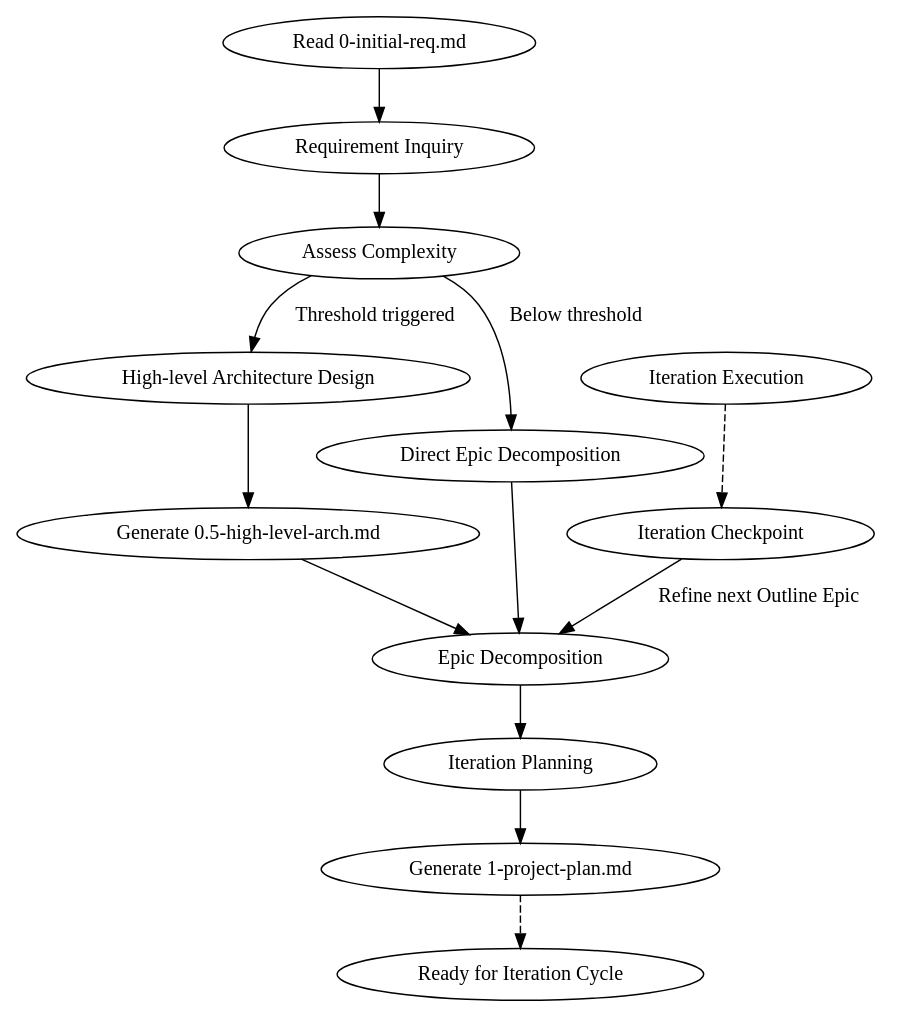
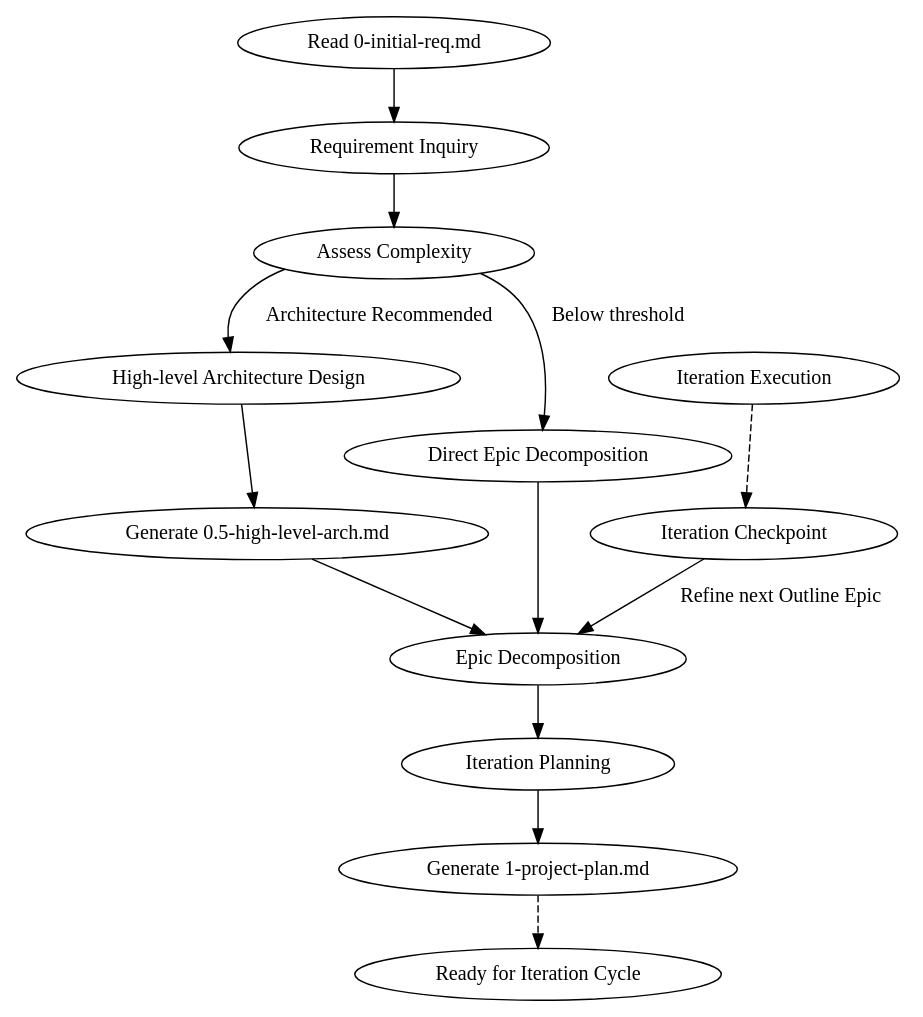
Before and after one commit to DukeYan1976/superpowers: the first of 2 diagrams in skills/project-planning/SKILL.md, drawn with Graphviz. The commit also changed other lines of this file, not shown here.

````diff
--- a/skills/project-planning/SKILL.md
+++ b/skills/project-planning/SKILL.md
@@ -34,22 +34,22 @@
 ```dot
 digraph project_planning {
     rankdir=TB;
 
     "Read 0-initial-req.md" -> "Requirement Inquiry";
     "Requirement Inquiry" -> "Assess Complexity" [shape=diamond];
 
-    "Assess Complexity" -> "High-level Architecture Design" [label="Threshold triggered"];
+    "Assess Complexity" -> "High-level Architecture Design" [label="Architecture Recommended"];
     "Assess Complexity" -> "Direct Epic Decomposition" [label="Below threshold"];
 
     "High-level Architecture Design" -> "Generate 0.5-high-level-arch.md";
     "Generate 0.5-high-level-arch.md" -> "Epic Decomposition";
     "Direct Epic Decomposition" -> "Epic Decomposition";
 
     "Epic Decomposition" -> "Iteration Planning";
     "Iteration Planning" -> "Generate 1-project-plan.md";
     "Generate 1-project-plan.md" -> "Ready for Iteration Cycle" [style=dashed];
 
     "Iteration Execution" -> "Iteration Checkpoint" [style=dashed];
     "Iteration Checkpoint" -> "Epic Decomposition" [label="Refine next Outline Epic"];
 }
 ```
````
